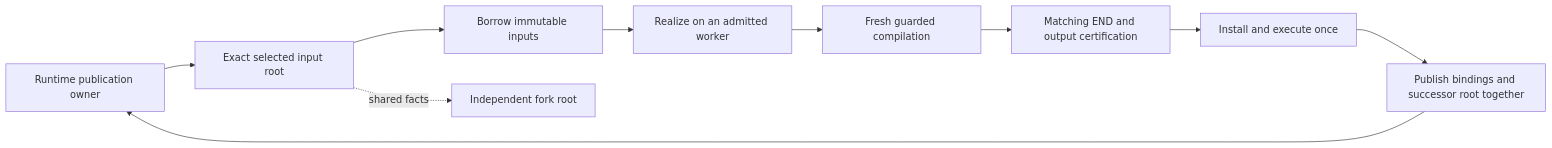
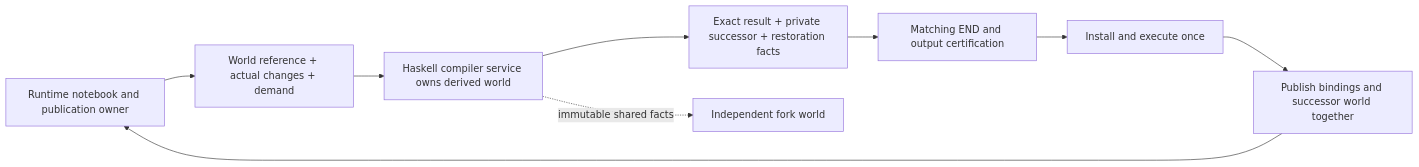
One commit to tidepool-heavy-industries/tidepool changed the diagram in plans/shared-warm-compiler/README.md. Above: the diagram before and after it, drawn with Mermaid. The commit also changed other lines of this file and 11 other files, not shown here.

Commit message:
docs(plan): make compiler worlds a demand-based service boundary

````diff
--- a/plans/shared-warm-compiler/README.md
+++ b/plans/shared-warm-compiler/README.md
@@ -100,12 +108,11 @@
 ```mermaid
 flowchart LR
-  Owner[Runtime publication owner] --> Root[Exact selected input root]
-  Root --> Capture[Borrow immutable inputs]
-  Capture --> Ensure[Realize on an admitted worker]
-  Ensure --> Attempt[Fresh guarded compilation]
-  Attempt --> Seal[Matching END and output certification]
+  Owner[Runtime notebook and publication owner] --> Request[World reference + actual changes + demand]
+  Request --> Compiler[Haskell compiler service owns derived world]
+  Compiler --> Result[Exact result + private successor + restoration facts]
+  Result --> Seal[Matching END and output certification]
   Seal --> Run[Install and execute once]
-  Run --> Commit[Publish bindings and successor root together]
+  Run --> Commit[Publish bindings and successor world together]
   Commit --> Owner
-  Root -. shared facts .-> Fork[Independent fork root]
+  Compiler -. immutable shared facts .-> Fork[Independent fork world]
 ```
````
